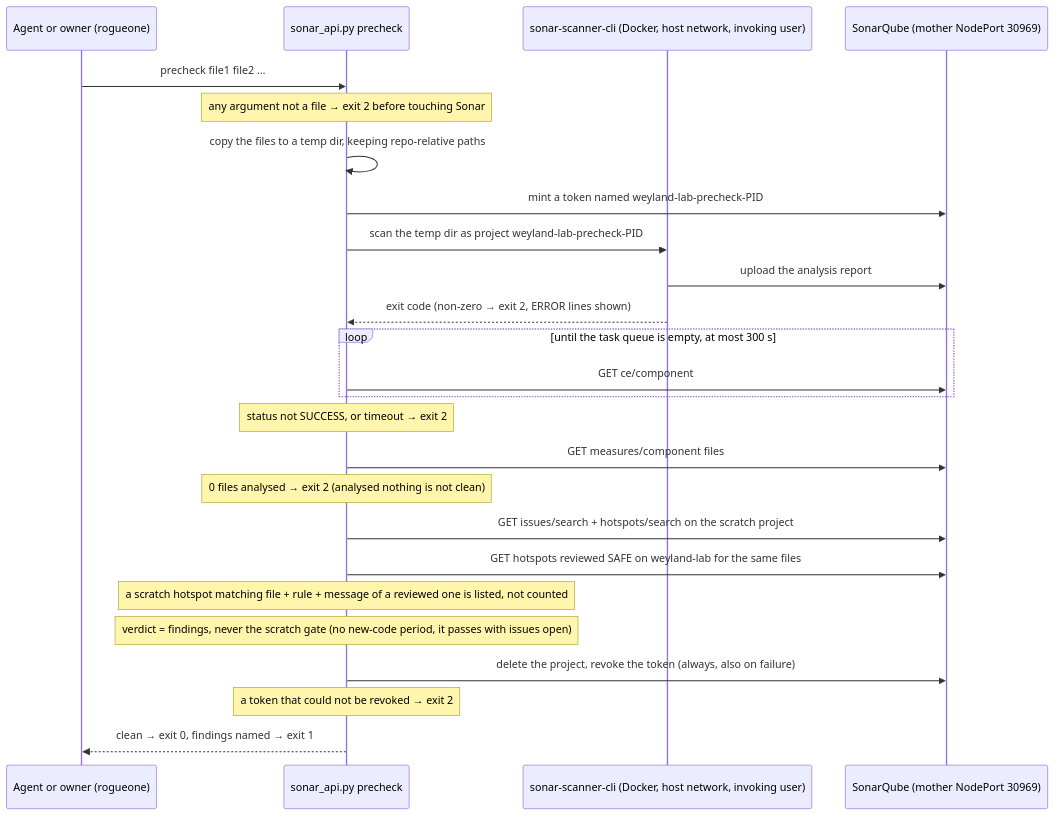
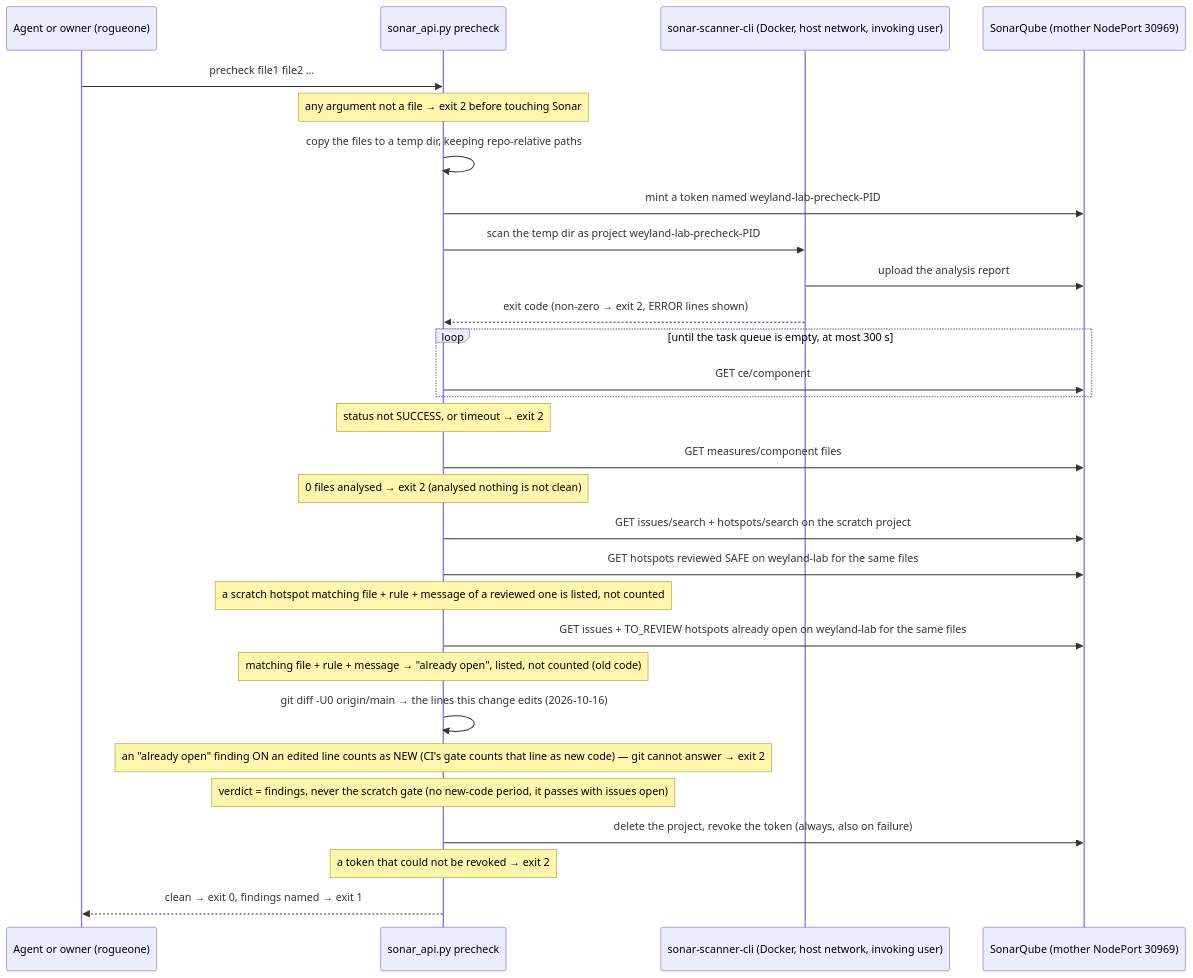
The diagram in docs/diagrams/flow-sonar-precheck.md (edtbl76/weyland-lab), drawn with Mermaid before and after one commit. The commit also changed 5 other files, not shown here.

First line of the commit message:
Enhance `sonar_api.py precheck` functionality to count findings on edited lines as new code

````diff
--- a/docs/diagrams/flow-sonar-precheck.md
+++ b/docs/diagrams/flow-sonar-precheck.md
@@ -8,28 +8,32 @@
 ```mermaid
 sequenceDiagram
     participant A as Agent or owner (rogueone)
     participant P as sonar_api.py precheck
     participant D as sonar-scanner-cli (Docker, host network, invoking user)
     participant S as SonarQube (mother NodePort 30969)
 
     A->>P: precheck file1 file2 …
     Note over P: any argument not a file → exit 2 before touching Sonar
     P->>P: copy the files to a temp dir, keeping repo-relative paths
     P->>S: mint a token named weyland-lab-precheck-PID
     P->>D: scan the temp dir as project weyland-lab-precheck-PID
     D->>S: upload the analysis report
     D-->>P: exit code (non-zero → exit 2, ERROR lines shown)
     loop until the task queue is empty, at most 300 s
         P->>S: GET ce/component
     end
     Note over P: status not SUCCESS, or timeout → exit 2
     P->>S: GET measures/component files
     Note over P: 0 files analysed → exit 2 (analysed nothing is not clean)
     P->>S: GET issues/search + hotspots/search on the scratch project
     P->>S: GET hotspots reviewed SAFE on weyland-lab for the same files
     Note over P: a scratch hotspot matching file + rule + message of a reviewed one is listed, not counted
+    P->>S: GET issues + TO_REVIEW hotspots already open on weyland-lab for the same files
+    Note over P: matching file + rule + message → "already open", listed, not counted (old code)
+    P->>P: git diff -U0 origin/main → the lines this change edits (2026-10-16)
+    Note over P: an "already open" finding ON an edited line counts as NEW (CI's gate counts that line as new code) — git cannot answer → exit 2
     Note over P: verdict = findings, never the scratch gate (no new-code period, it passes with issues open)
     P->>S: delete the project, revoke the token (always, also on failure)
     Note over P: a token that could not be revoked → exit 2
     P-->>A: clean → exit 0, findings named → exit 1
 ```
````
